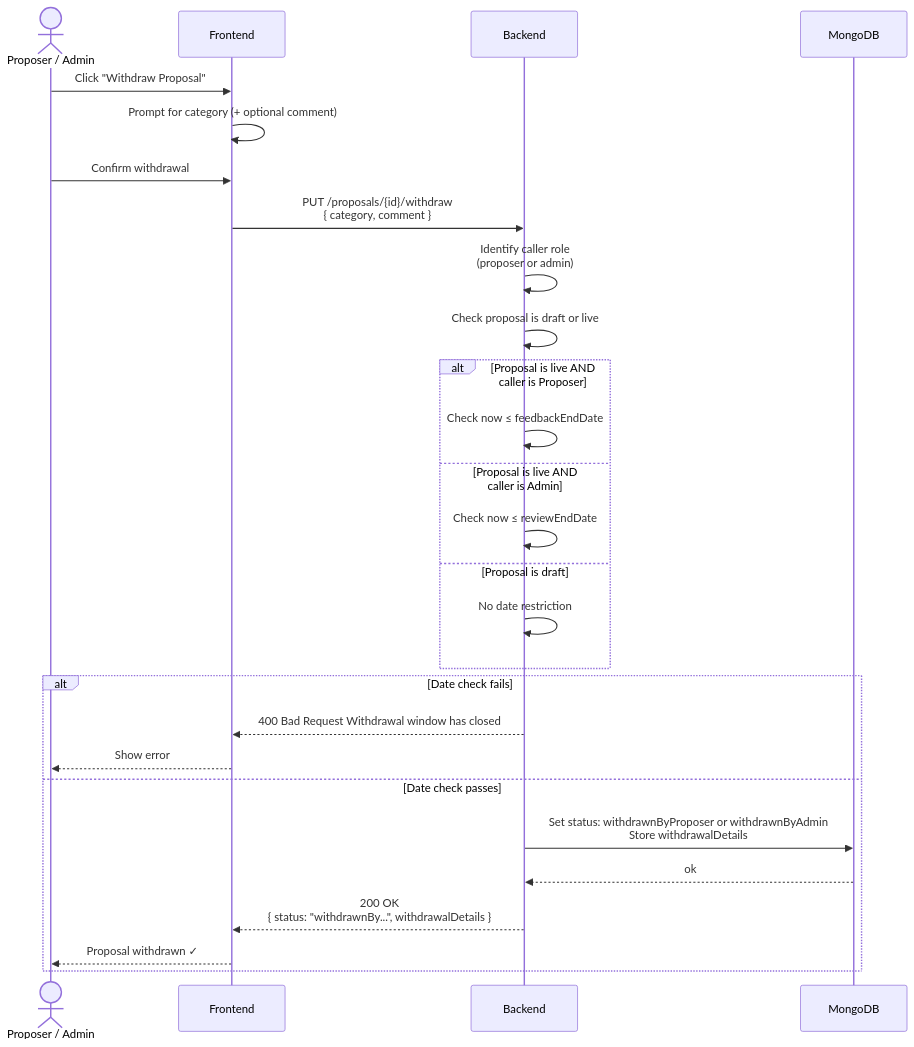
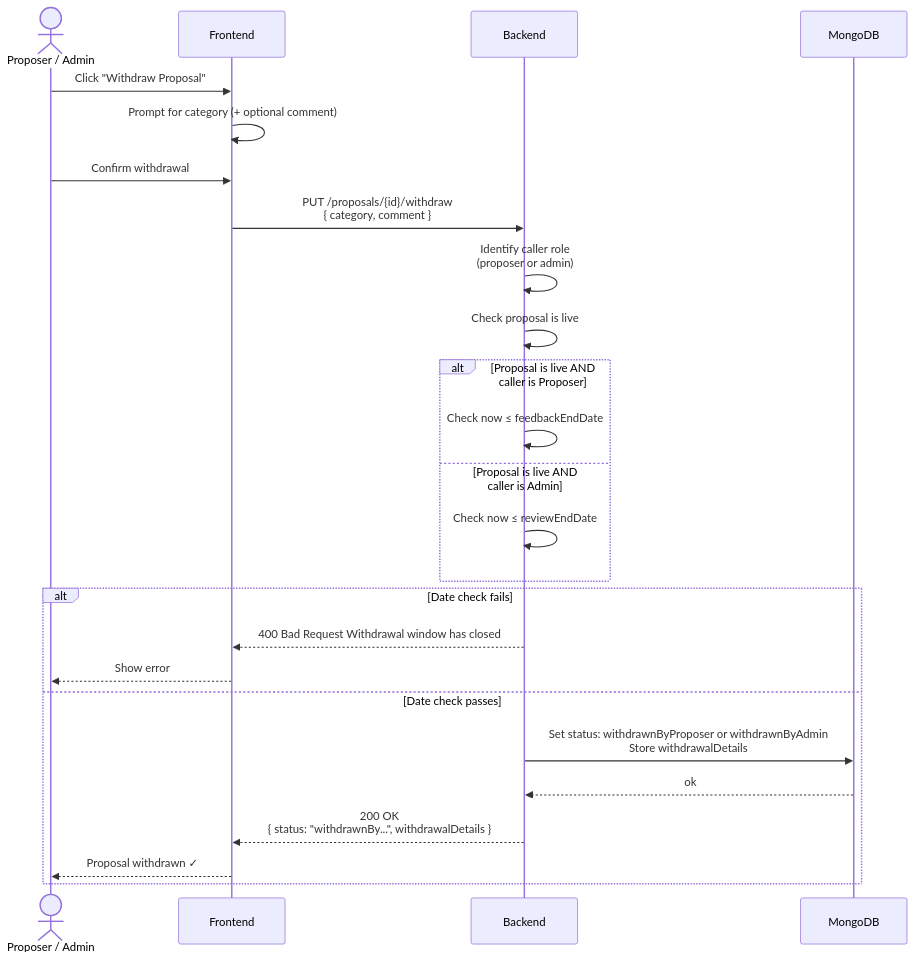
One commit to lerna-labs/ekklesia-proposal-module changed the seventh of 8 diagrams in docs/proposal-flow.md. Above: the diagram before and after it, drawn with Mermaid.

Commit message:
Update proposal withdrawal sequence diagram to remove mention of draft proposals.

````diff
--- a/docs/proposal-flow.md
+++ b/docs/proposal-flow.md
@@ -248,33 +248,31 @@
 ```mermaid
 sequenceDiagram
     actor User as Proposer / Admin
     participant Frontend
     participant Backend
     participant MongoDB
 
     User->>Frontend: Click "Withdraw Proposal"
     Frontend->>Frontend: Prompt for category (+ optional comment)
     User->>Frontend: Confirm withdrawal
     Frontend->>Backend: PUT /proposals/{id}/withdraw<br/>{ category, comment }
 
     Backend->>Backend: Identify caller role<br/>(proposer or admin)
-    Backend->>Backend: Check proposal is draft or live
+    Backend->>Backend: Check proposal is live
 
     alt Proposal is live AND caller is Proposer
         Backend->>Backend: Check now ≤ feedbackEndDate
     else Proposal is live AND caller is Admin
         Backend->>Backend: Check now ≤ reviewEndDate
-    else Proposal is draft
-        Backend->>Backend: No date restriction
     end
 
     alt Date check fails
         Backend-->>Frontend: 400 Bad Request Withdrawal window has closed
         Frontend-->>User: Show error
     else Date check passes
         Backend->>MongoDB: Set status: withdrawnByProposer or withdrawnByAdmin<br/>Store withdrawalDetails
         MongoDB-->>Backend: ok
         Backend-->>Frontend: 200 OK<br/>{ status: "withdrawnBy...", withdrawalDetails }
         Frontend-->>User: Proposal withdrawn ✓
     end
 ```
````
